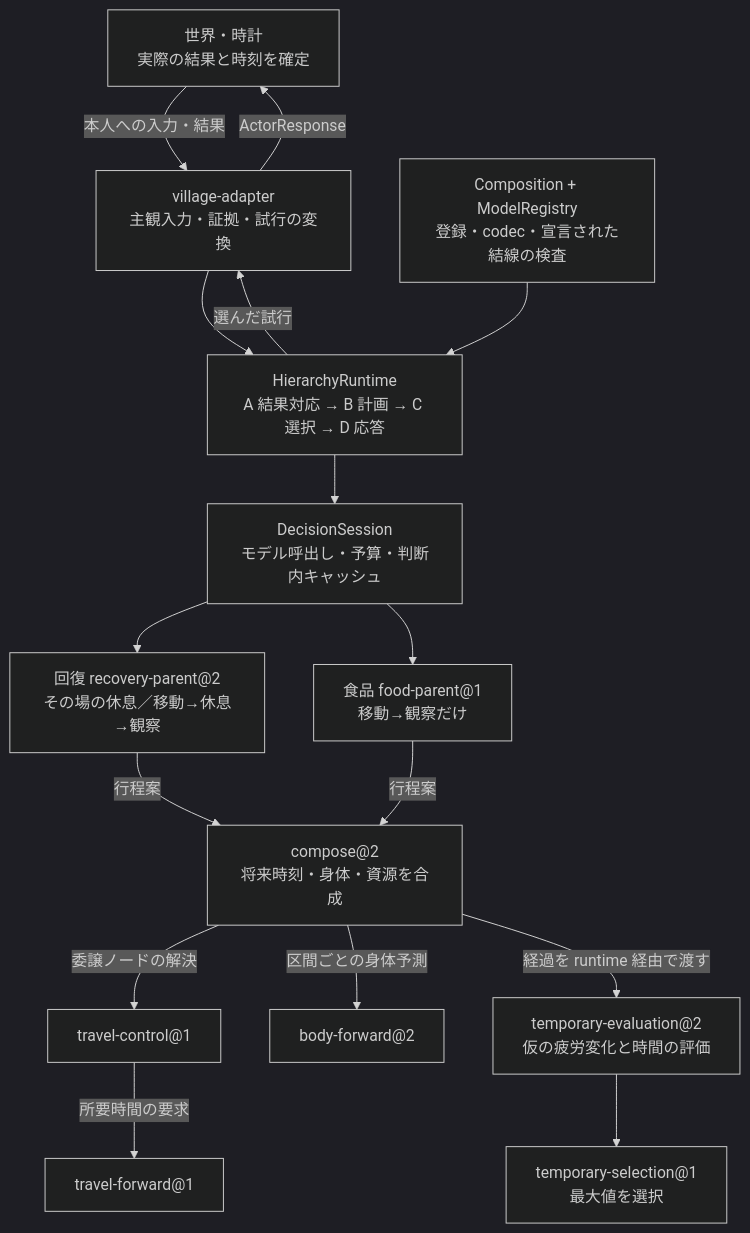
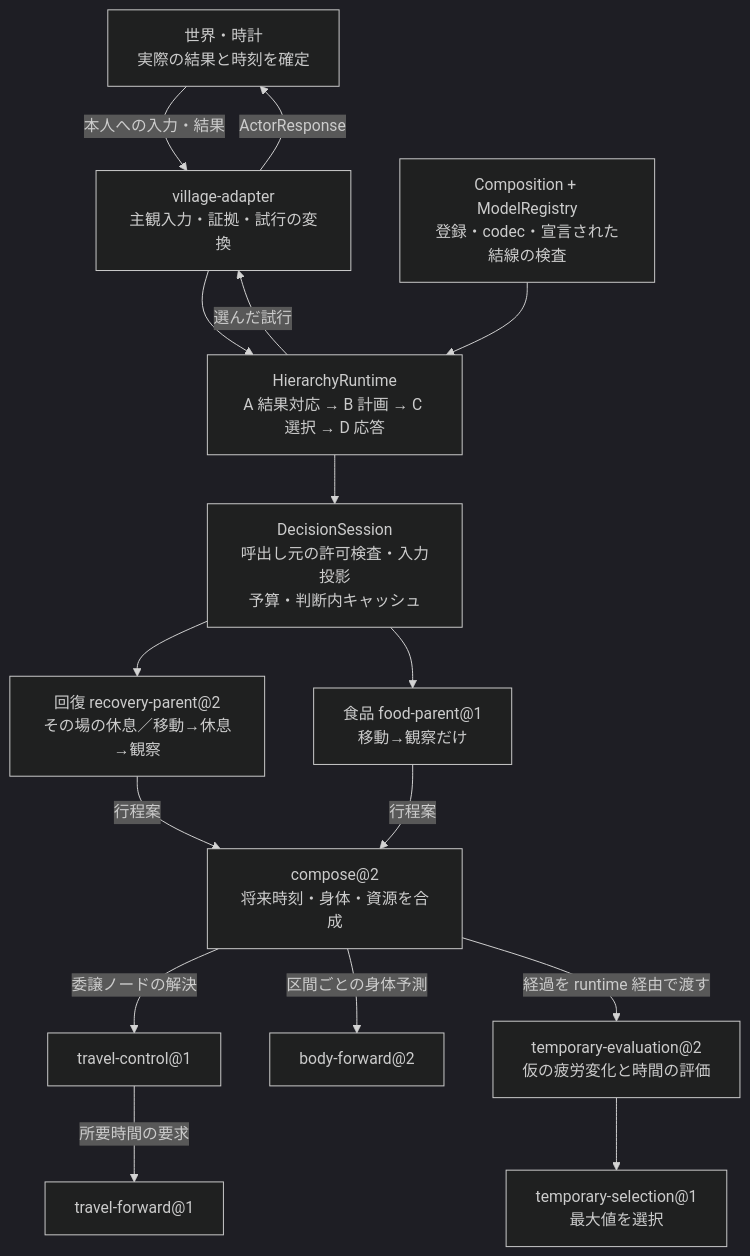
Before and after one commit to demerzel09/Medieval-Simulator: the first of 5 diagrams in docs/foundations/HMOSAIC_OBJECT_DESIGN.md, drawn with Mermaid (dark theme). The commit also changed other lines of this file and 14 other files, not shown here.

````diff
--- a/docs/foundations/HMOSAIC_OBJECT_DESIGN.md
+++ b/docs/foundations/HMOSAIC_OBJECT_DESIGN.md
@@ -37,18 +37,18 @@
 ```mermaid
 flowchart TB
   W["世界・時計<br/>実際の結果と時刻を確定"] -->|"本人への入力・結果"| A["village-adapter<br/>主観入力・証拠・試行の変換"]
   A --> R["HierarchyRuntime<br/>A 結果対応 → B 計画 → C 選択 → D 応答"]
   R -->|"選んだ試行"| A
   A -->|"ActorResponse"| W
   C["Composition + ModelRegistry<br/>登録・codec・宣言された結線の検査"] --> R
-  R --> S["DecisionSession<br/>モデル呼出し・予算・判断内キャッシュ"]
+  R --> S["DecisionSession<br/>呼出し元の許可検査・入力投影<br/>予算・判断内キャッシュ"]
   S --> P["回復 recovery-parent@2<br/>その場の休息／移動→休息→観察"]
   S --> F["食品 food-parent@1<br/>移動→観察だけ"]
   P -->|"行程案"| O["compose@2<br/>将来時刻・身体・資源を合成"]
   F -->|"行程案"| O
   O -->|"委譲ノードの解決"| T["travel-control@1"]
   T -->|"所要時間の要求"| TF["travel-forward@1"]
   O -->|"区間ごとの身体予測"| BF["body-forward@2"]
   O -->|"経過を runtime 経由で渡す"| E["temporary-evaluation@2<br/>仮の疲労変化と時間の評価"]
   E --> V["temporary-selection@1<br/>最大値を選択"]
 ```
````
